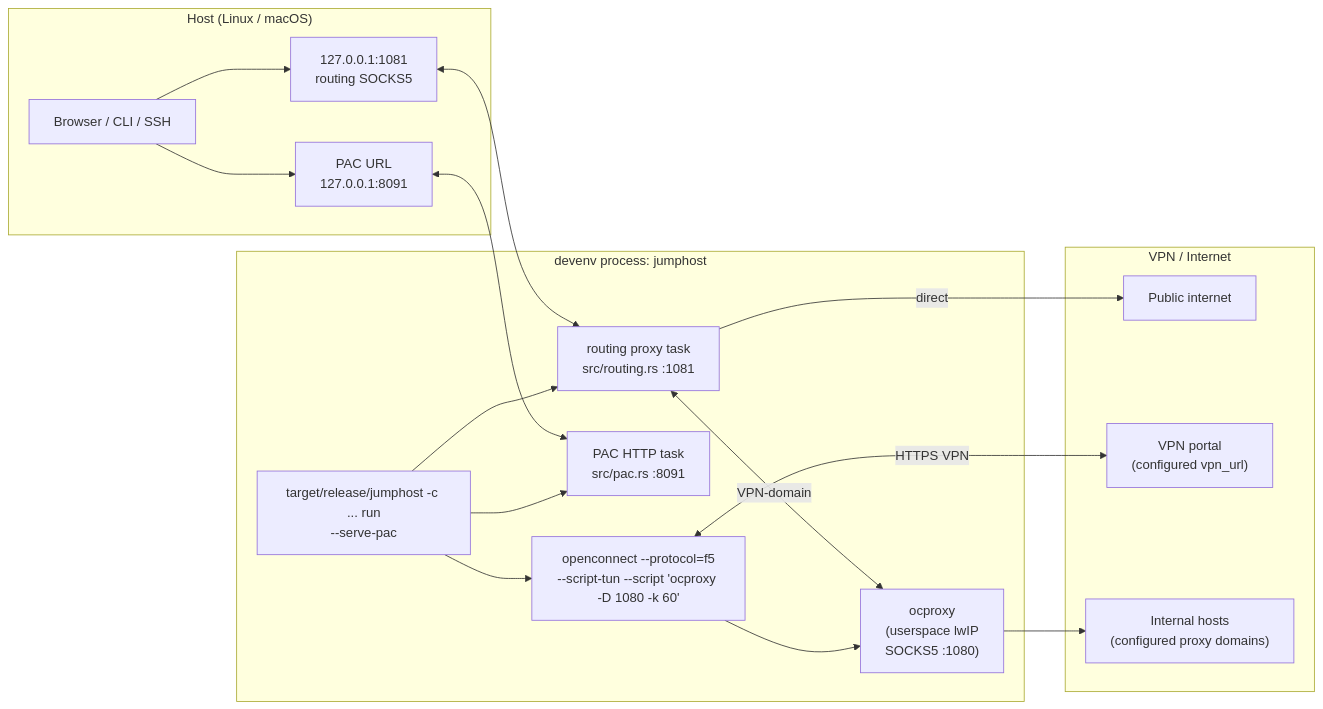
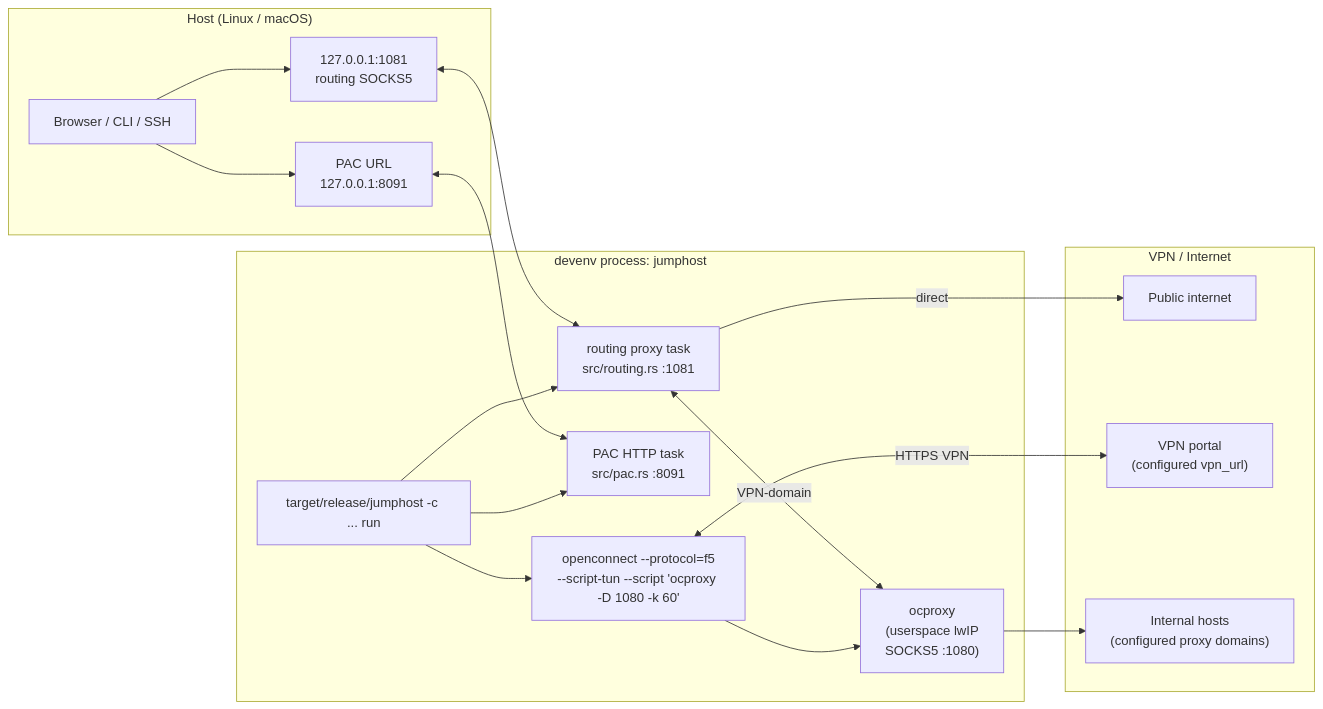
Before and after one commit to VITO-RMA/vpn-jumphost: the first of 2 diagrams in docs/architecture.md, drawn with Mermaid. The commit also changed other lines of this file and 12 other files, not shown here.

First line of the commit message:
Fix supervisor configs after --serve-pac removal

````diff
--- a/docs/architecture.md
+++ b/docs/architecture.md
@@ -25,35 +25,35 @@
 ```mermaid
 flowchart LR
   subgraph Host["Host (Linux / macOS)"]
     Browser["Browser / CLI / SSH"]
     PAC["PAC URL\n127.0.0.1:8091"]
     LP["127.0.0.1:1081\nrouting SOCKS5"]
     Browser --> PAC
     Browser --> LP
   end
 
   subgraph DV["devenv process: jumphost"]
-    JH["target/release/jumphost -c ... run\n--serve-pac"]
+    JH["target/release/jumphost -c ... run"]
     RP["routing proxy task\nsrc/routing.rs :1081"]
     PS["PAC HTTP task\nsrc/pac.rs :8091"]
     OC["openconnect --protocol=f5\n--script-tun --script 'ocproxy -D 1080 -k 60'"]
     OCP["ocproxy\n(userspace lwIP\nSOCKS5 :1080)"]
     JH --> RP
     JH --> PS
     JH --> OC
     OC --> OCP
   end
 
   PAC <--> PS
   LP <--> RP
   RP <-->|VPN-domain| OCP
   RP -->|direct| Internet
   OC <-->|HTTPS VPN| BYOD
   OCP --> Intra
 
   subgraph Remote["VPN / Internet"]
     BYOD["VPN portal\n(configured vpn_url)"]
     Intra["Internal hosts\n(configured proxy domains)"]
     Internet["Public internet"]
   end
 ```
````
